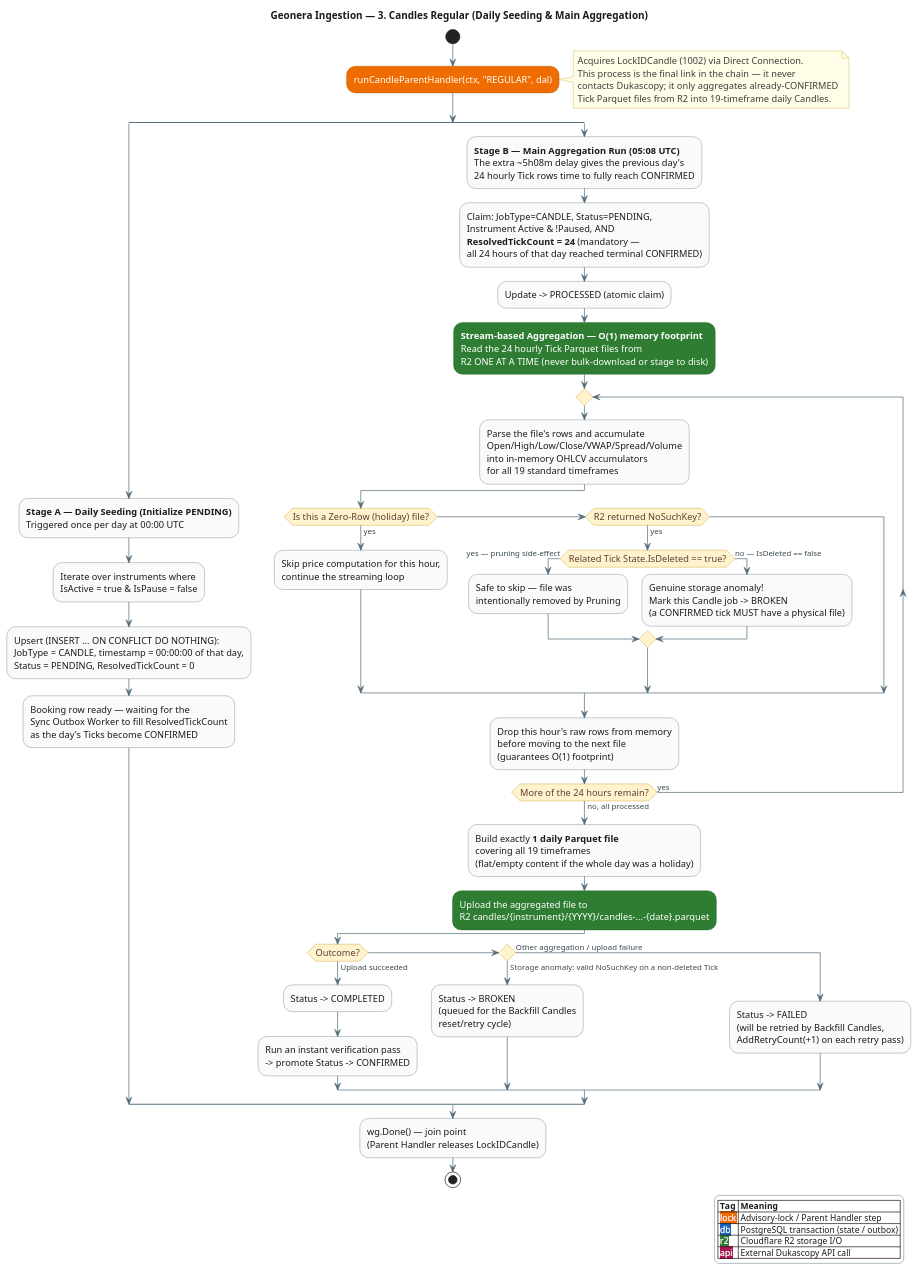
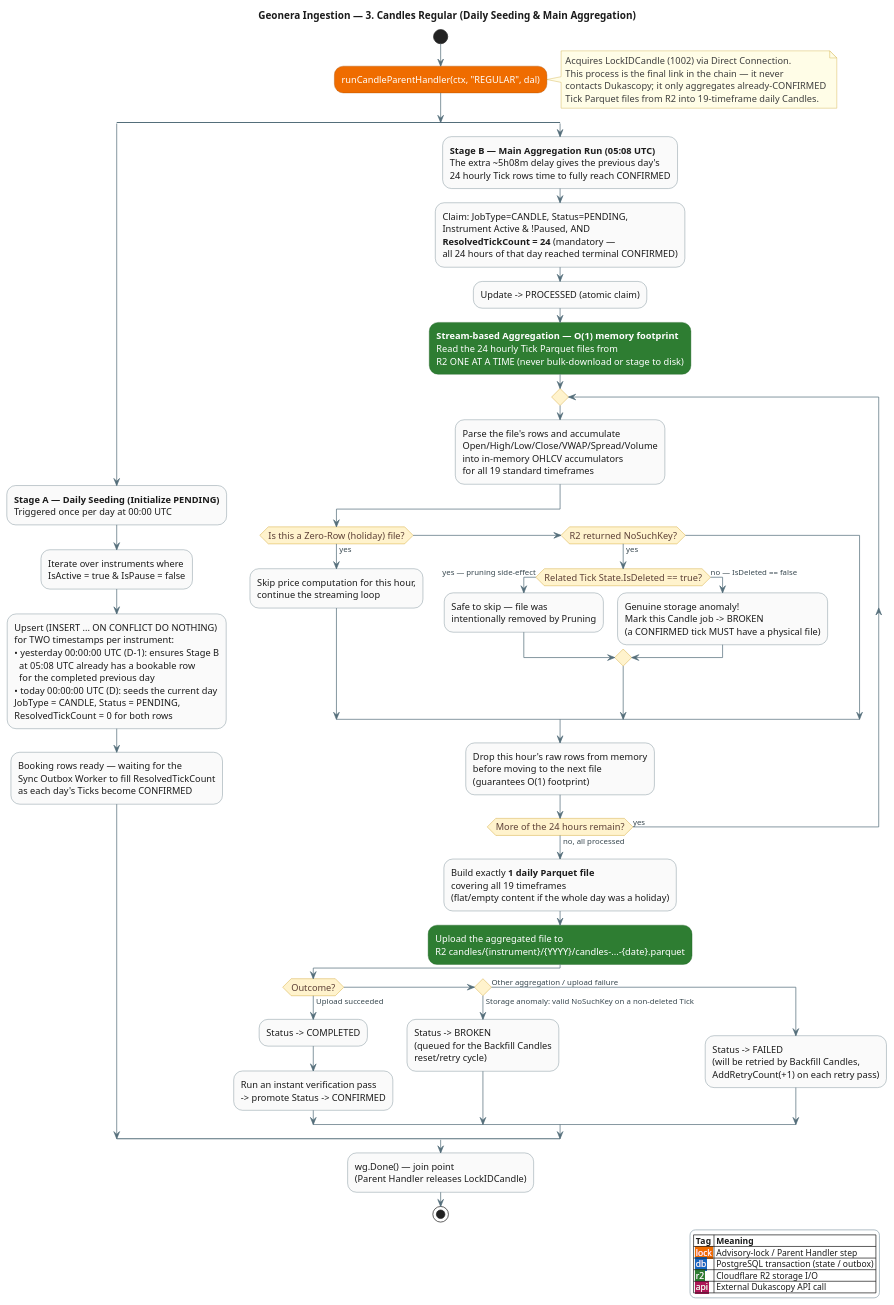
The diagram in docs/flows/03-candles-regular.puml (sanjari-dev/geonera-ingestion), drawn with PlantUML before and after one commit. The commit also changed 3 other files, not shown here.

Commit message:
refactor: update flow diagrams and optimize batch insert logic in maintenance worker

```diff
--- a/docs/flows/03-candles-regular.puml
+++ b/docs/flows/03-candles-regular.puml
@@ -1,143 +1,148 @@
 @startuml 03-candles-regular
 title Geonera Ingestion — 3. Candles Regular (Daily Seeding & Main Aggregation)
 skinparam backgroundColor #FFFFFF
 skinparam defaultFontColor #1B1B1B
 skinparam ArrowColor #546E7A
 skinparam ArrowFontColor #37474F
 
 skinparam activity {
   BackgroundColor #FAFAFA
   BorderColor #546E7A
   FontColor #1B1B1B
   FontSize 13
 
   BackgroundColor<<lock>> #EF6C00
   FontColor<<lock>> #FFFFFF
   BorderColor<<lock>> #A34B00
 
   BackgroundColor<<db>> #1565C0
   FontColor<<db>> #FFFFFF
   BorderColor<<db>> #0B3C78
 
   BackgroundColor<<r2>> #2E7D32
   FontColor<<r2>> #FFFFFF
   BorderColor<<r2>> #1B5E20
 
   BackgroundColor<<api>> #AD1457
   FontColor<<api>> #FFFFFF
   BorderColor<<api>> #6A0F38
 }
 
 skinparam activityDiamond {
   BackgroundColor #FFF3CD
   BorderColor #C79100
   FontColor #5D4037
 }
 
 skinparam legend {
   BackgroundColor #FFFFFF
   BorderColor #90A4AE
   FontColor #1B1B1B
   FontSize 12
   EntrySeparatorColor #CFD8DC
 }
 
 skinparam note {
   BackgroundColor #FFFDE7
   BorderColor #C9A227
   FontColor #3E3E3E
 }
 
 legend right
   |= Tag |= Meaning |
   |<back:#EF6C00><color:#FFFFFF> lock </color></back>| Advisory-lock / Parent Handler step |
   |<back:#1565C0><color:#FFFFFF> db </color></back>| PostgreSQL transaction (state / outbox) |
   |<back:#2E7D32><color:#FFFFFF> r2 </color></back>| Cloudflare R2 storage I/O |
   |<back:#AD1457><color:#FFFFFF> api </color></back>| External Dukascopy API call |
 endlegend
 
 start
 :runCandleParentHandler(ctx, "REGULAR", dal);<<lock>>
 note right
   Acquires LockIDCandle (1002) via Direct Connection.
   This process is the final link in the chain — it never
   contacts Dukascopy; it only aggregates already-CONFIRMED
   Tick Parquet files from R2 into 19-timeframe daily Candles.
 end note
 
 split
   ' ============== Daily Seeding ==============
   :**Stage A — Daily Seeding (Initialize PENDING)**
   Triggered once per day at 00:00 UTC;
   :Iterate over instruments where
   IsActive = true & IsPause = false;
-  :Upsert (INSERT ... ON CONFLICT DO NOTHING):
-  JobType = CANDLE, timestamp = 00:00:00 of that day,
-  Status = PENDING, ResolvedTickCount = 0;
-  :Booking row ready — waiting for the
+  :Upsert (INSERT ... ON CONFLICT DO NOTHING)
+  for TWO timestamps per instrument:
+  • yesterday 00:00:00 UTC (D-1): ensures Stage B
+    at 05:08 UTC already has a bookable row
+    for the completed previous day
+  • today 00:00:00 UTC (D): seeds the current day
+  JobType = CANDLE, Status = PENDING,
+  ResolvedTickCount = 0 for both rows;
+  :Booking rows ready — waiting for the
   Sync Outbox Worker to fill ResolvedTickCount
-  as the day's Ticks become CONFIRMED;
+  as each day's Ticks become CONFIRMED;
 
 split again
   ' ============== Main Aggregation ==============
   :**Stage B — Main Aggregation Run (05:08 UTC)**
   The extra ~5h08m delay gives the previous day's
   24 hourly Tick rows time to fully reach CONFIRMED;
   :Claim: JobType=CANDLE, Status=PENDING,
   Instrument Active & !Paused, AND
   **ResolvedTickCount = 24** (mandatory —
   all 24 hours of that day reached terminal CONFIRMED);
   :Update -> PROCESSED (atomic claim);
 
   :**Stream-based Aggregation — O(1) memory footprint**
   Read the 24 hourly Tick Parquet files from
   R2 ONE AT A TIME (never bulk-download or stage to disk);<<r2>>
   repeat
     :Parse the file's rows and accumulate
     Open/High/Low/Close/VWAP/Spread/Volume
     into in-memory OHLCV accumulators
     for all 19 standard timeframes;
     if (Is this a Zero-Row (holiday) file?) then (yes)
       :Skip price computation for this hour,
       continue the streaming loop;
     elseif (R2 returned NoSuchKey?) then (yes)
       if (Related Tick State.IsDeleted == true?) then (yes — pruning side-effect)
         :Safe to skip — file was
         intentionally removed by Pruning;
       else (no — IsDeleted == false)
         :Genuine storage anomaly!
         Mark this Candle job -> BROKEN
         (a CONFIRMED tick MUST have a physical file);
       endif
     endif
     :Drop this hour's raw rows from memory
     before moving to the next file
     (guarantees O(1) footprint);
   repeat while (More of the 24 hours remain?) is (yes) not (no, all processed)
 
   :Build exactly **1 daily Parquet file**
   covering all 19 timeframes
   (flat/empty content if the whole day was a holiday);
   :Upload the aggregated file to
   R2 candles/{instrument}/{YYYY}/candles-...-{date}.parquet;<<r2>>
 
   if (Outcome?) then (Upload succeeded)
     :Status -> COMPLETED;
     :Run an instant verification pass
     -> promote Status -> CONFIRMED;
   elseif () then (Storage anomaly: valid NoSuchKey on a non-deleted Tick)
     :Status -> BROKEN
     (queued for the Backfill Candles
     reset/retry cycle);
   else (Other aggregation / upload failure)
     :Status -> FAILED
     (will be retried by Backfill Candles,
     AddRetryCount(+1) on each retry pass);
   endif
 end split
 
 :wg.Done() — join point
 (Parent Handler releases LockIDCandle);
 stop
 
 @enduml
```
